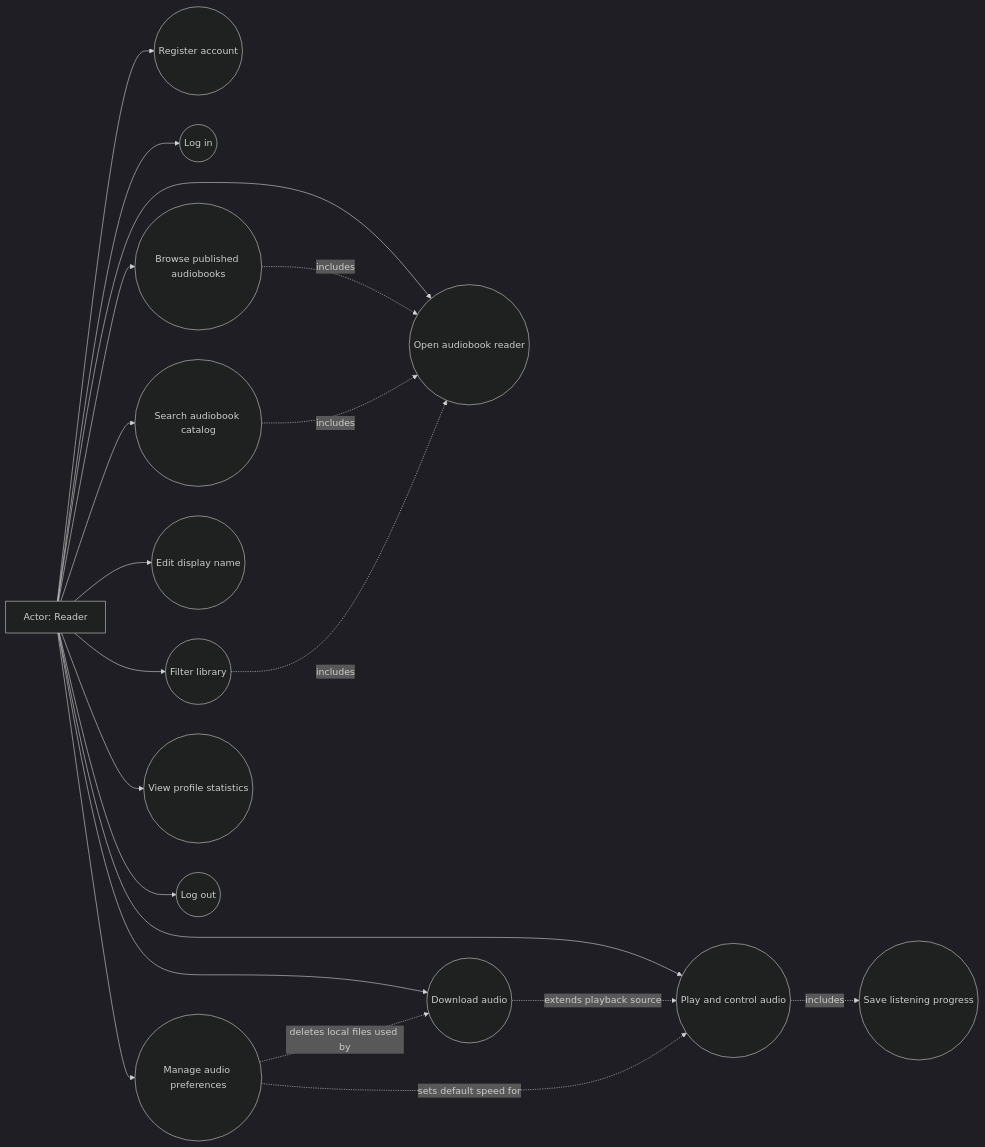
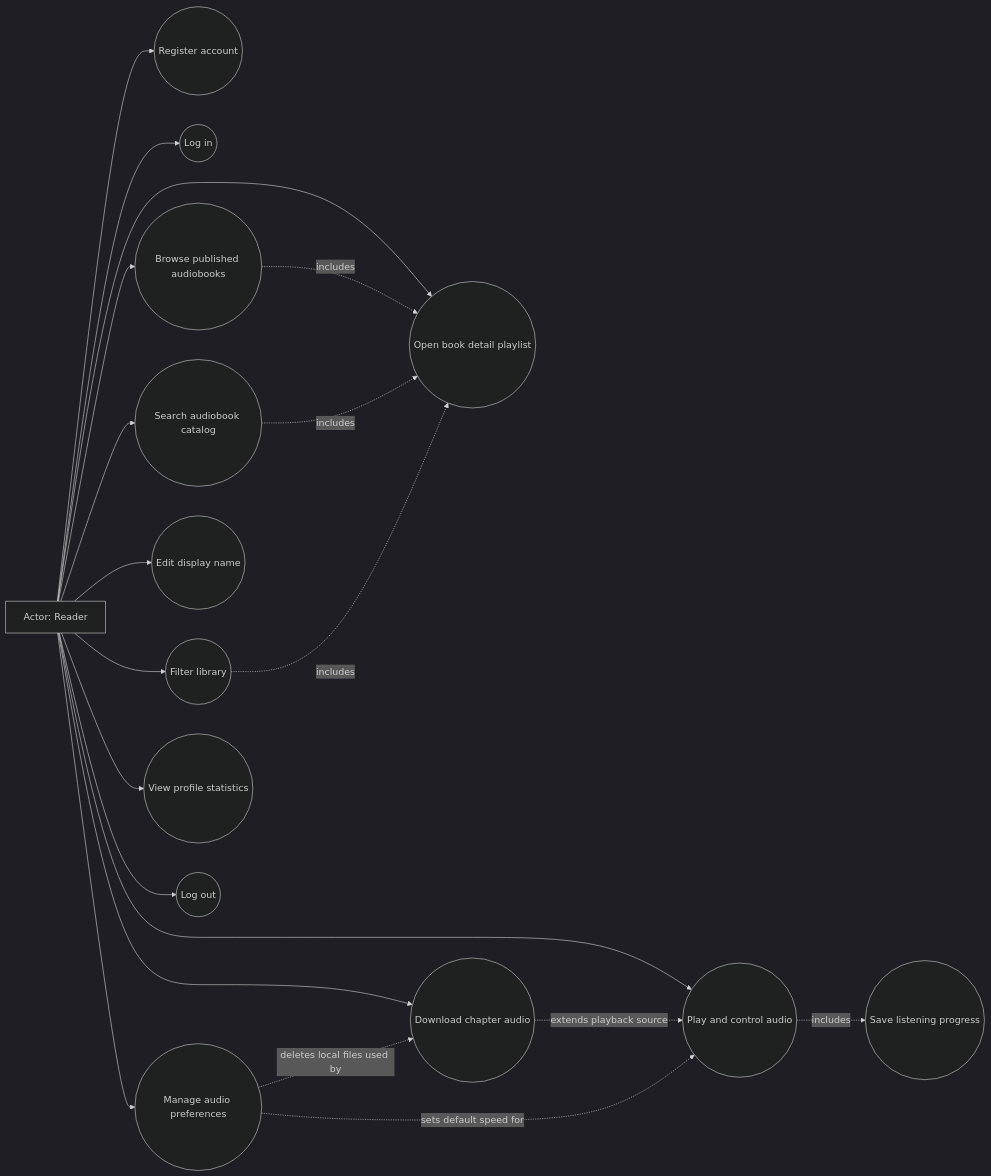
Before and after one commit to LeeVuKhang/Fonos_Group13: the second of 9 diagrams in README.md, drawn with Mermaid (dark theme). The commit also changed other lines of this file, not shown here.

Commit message:
docs(readme): document chapter playlist flow

````diff
--- a/README.md
+++ b/README.md
@@ -324,39 +343,39 @@
 ```mermaid
 flowchart LR
     User["Actor: Reader"]
 
     UC1(("Register account"))
     UC2(("Log in"))
     UC3(("Browse published audiobooks"))
     UC4(("Search audiobook catalog"))
-    UC5(("Open audiobook reader"))
+    UC5(("Open book detail playlist"))
     UC6(("Play and control audio"))
     UC7(("Save listening progress"))
-    UC8(("Download audio"))
+    UC8(("Download chapter audio"))
     UC9(("Filter library"))
     UC10(("Edit display name"))
     UC11(("Manage audio preferences"))
     UC12(("View profile statistics"))
     UC13(("Log out"))
 
     User --> UC1
     User --> UC2
     User --> UC3
     User --> UC4
     User --> UC5
     User --> UC6
     User --> UC8
     User --> UC9
     User --> UC10
     User --> UC11
     User --> UC12
     User --> UC13
 
     UC3 -. "includes" .-> UC5
     UC4 -. "includes" .-> UC5
     UC9 -. "includes" .-> UC5
     UC6 -. "includes" .-> UC7
     UC8 -. "extends playback source" .-> UC6
     UC11 -. "sets default speed for" .-> UC6
     UC11 -. "deletes local files used by" .-> UC8
 ```
````
